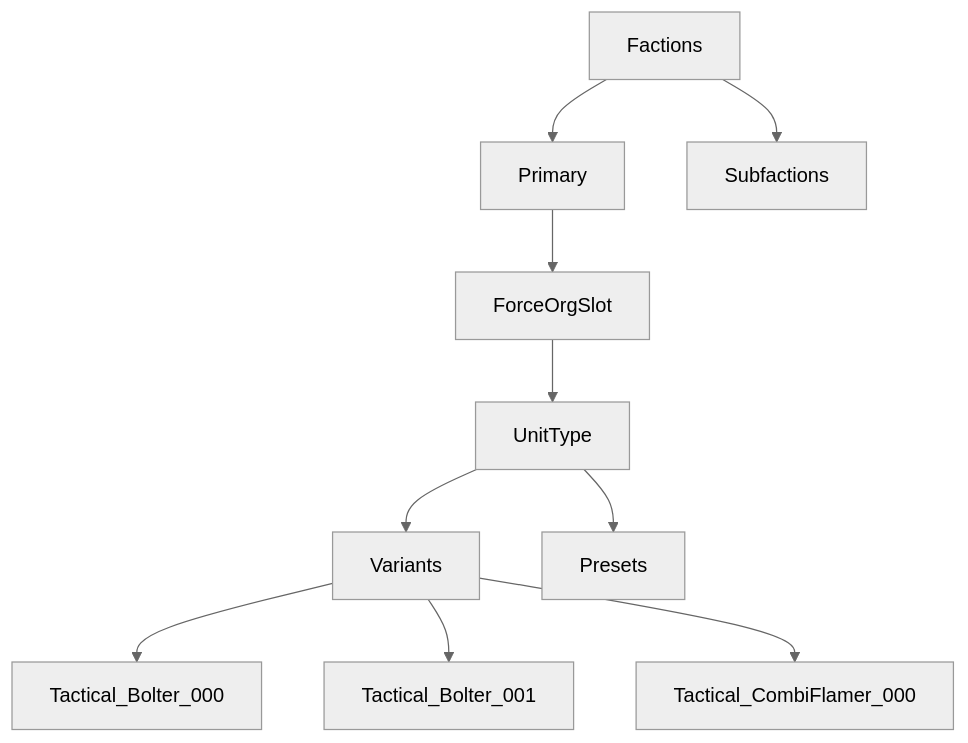
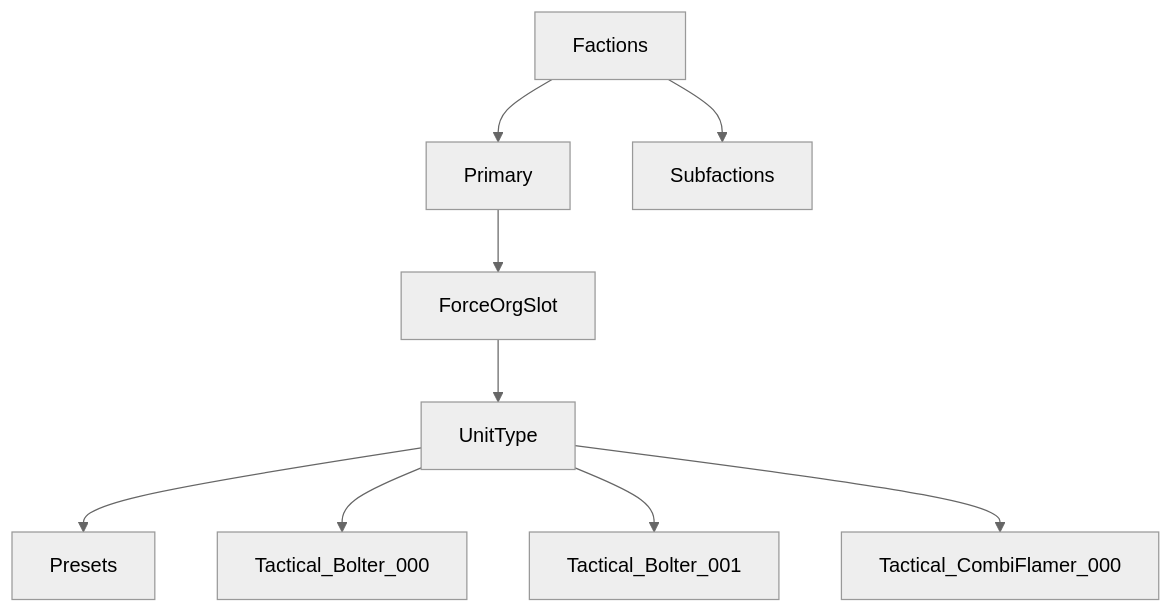
One commit to Argel-Tal/HorusHeresySilhouettes changed the diagram in CONTRIBUTING.md. Above: the diagram before and after it, drawn with Mermaid (neutral theme).

Commit message:
removed variants from tree

````diff
--- a/CONTRIBUTING.md
+++ b/CONTRIBUTING.md
@@ -12,13 +12,12 @@
 ```mermaid
 flowchart TD
 
 Factions --> Primary
 Factions --> Subfactions
 Primary --> ForceOrgSlot
 ForceOrgSlot --> UnitType
-UnitType --> Variants
 UnitType --> Presets
-Variants --> Tactical_Bolter_000
-Variants --> Tactical_Bolter_001
-Variants --> Tactical_CombiFlamer_000
+UnitType --> Tactical_Bolter_000
+UnitType --> Tactical_Bolter_001
+UnitType --> Tactical_CombiFlamer_000
 ```
````
